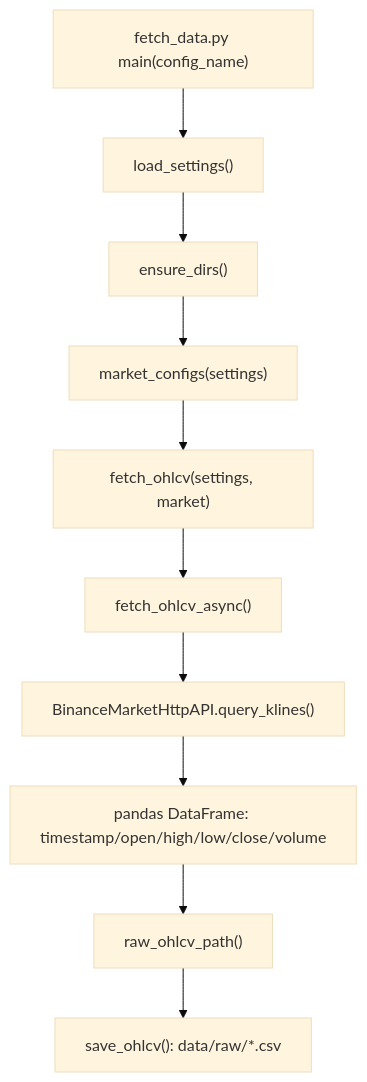
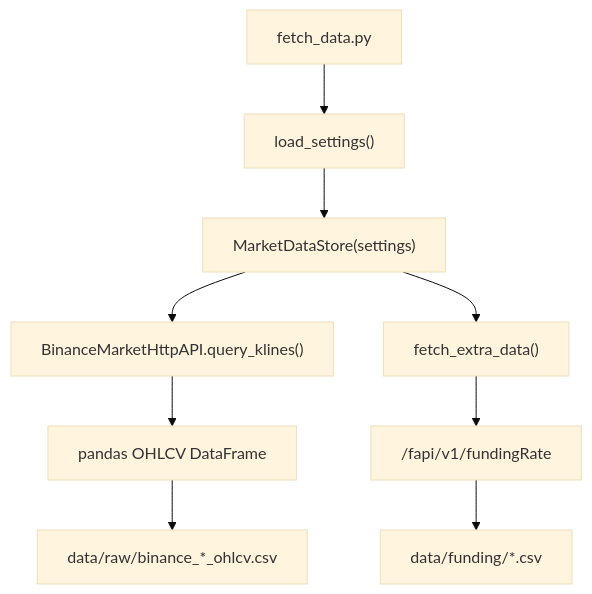
Before and after one commit to dragon-vic/mytrader: the first of 3 diagrams in PROJECT_LOGIC_AND_ROADMAP.md, drawn with Mermaid (base theme). The commit also changed other lines of this file and 24 other files, not shown here.

````diff
--- a/PROJECT_LOGIC_AND_ROADMAP.md
+++ b/PROJECT_LOGIC_AND_ROADMAP.md
@@ -118,12 +95,11 @@
 ```mermaid
 flowchart TD
-    A["fetch_data.py main(config_name)"] --> B["load_settings()"]
-    B --> C["ensure_dirs()"]
-    C --> D["market_configs(settings)"]
-    D --> E["fetch_ohlcv(settings, market)"]
-    E --> F["fetch_ohlcv_async()"]
-    F --> G["BinanceMarketHttpAPI.query_klines()"]
-    G --> H["pandas DataFrame: timestamp/open/high/low/close/volume"]
-    H --> I["raw_ohlcv_path()"]
-    I --> J["save_ohlcv(): data/raw/*.csv"]
+  A["fetch_data.py"] --> B["load_settings()"]
+  B --> C["MarketDataStore(settings)"]
+  C --> D["BinanceMarketHttpAPI.query_klines()"]
+  D --> E["pandas OHLCV DataFrame"]
+  E --> F["data/raw/binance_*_ohlcv.csv"]
+  C --> G["fetch_extra_data()"]
+  G --> H["/fapi/v1/fundingRate"]
+  H --> I["data/funding/*.csv"]
 ```
````
